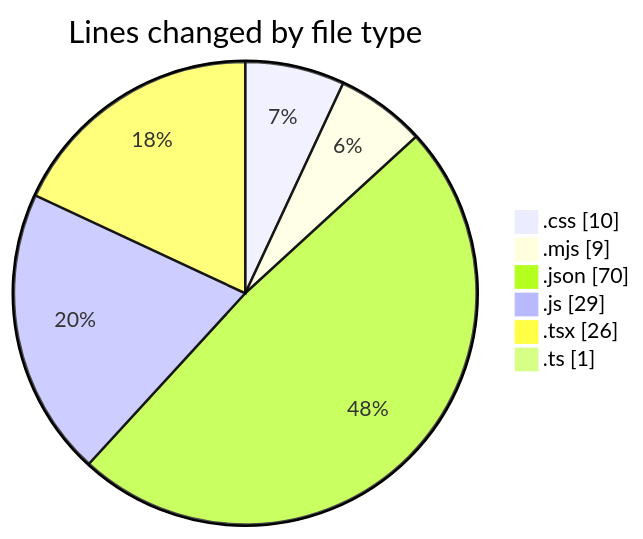
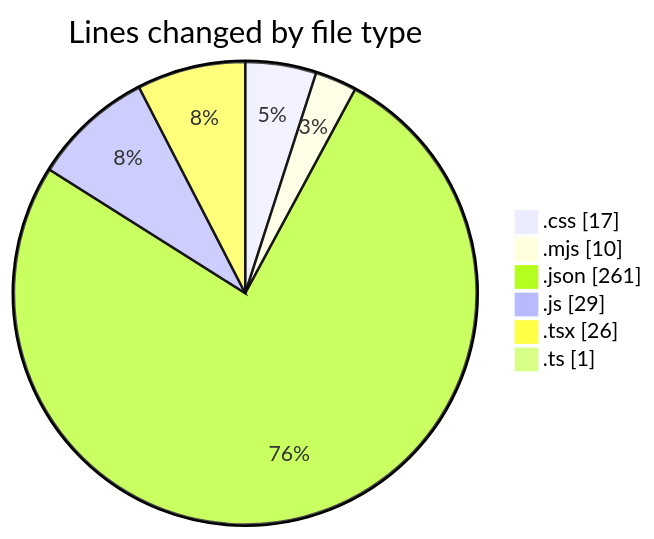
One commit to Ritupan-Deka/code-tracking changed the first of 2 diagrams in 2025-06-23/scopecraft/README.md. Above: the diagram before and after it, drawn with Mermaid. The commit also changed other lines of this file and 1 other file, not shown here.

````diff
--- a/2025-06-23/scopecraft/README.md
+++ b/2025-06-23/scopecraft/README.md
@@ -26,10 +27,10 @@
 ```mermaid
 pie showData
 title Lines changed by file type
-".css" : 10
-".mjs" : 9
-".json" : 70
+".css" : 17
+".mjs" : 10
+".json" : 261
 ".js" : 29
 ".tsx" : 26
 ".ts" : 1
 ```
````
